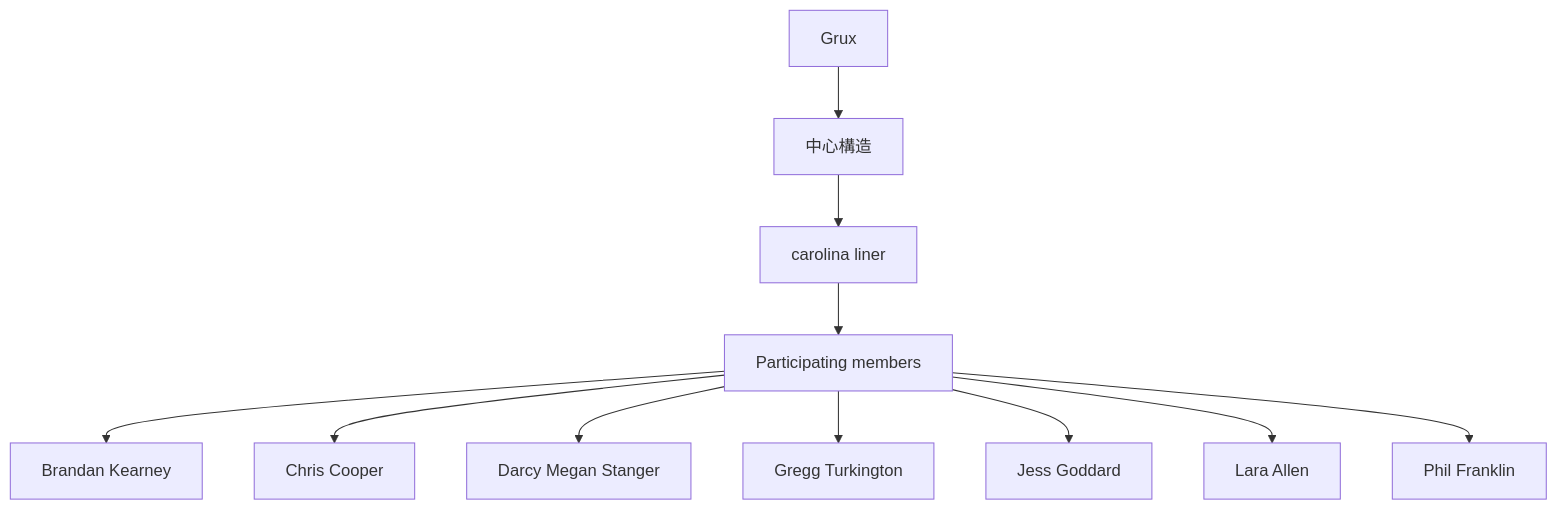
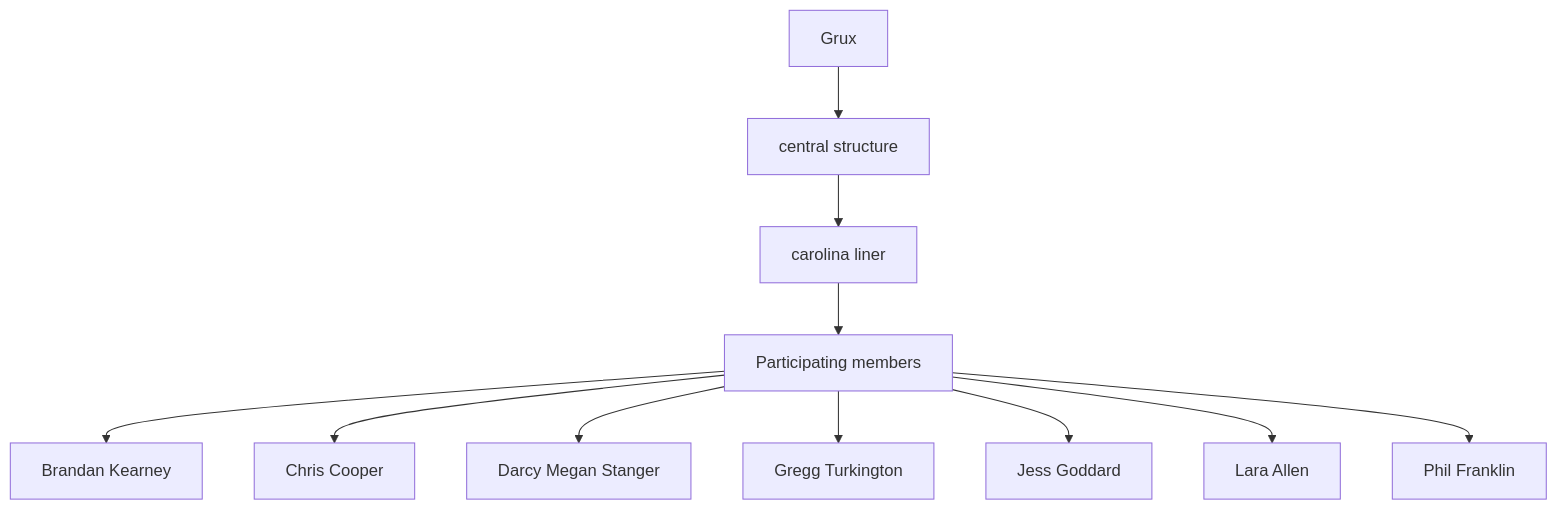
One commit to monumental-movement/monumental-movement.github.io changed the first of 4 diagrams in en/_posts/2026-04-18-column-caroliner.md. Above: the diagram before and after it, drawn with Mermaid. The commit also changed other lines of this file and 497 other files, not shown here.

```diff
--- a/en/_posts/2026-04-18-column-caroliner.md
+++ b/en/_posts/2026-04-18-column-caroliner.md
@@ -68,13 +68,13 @@
 <div class="mermaid">
 flowchart TD
-A[Grux] --> B[中心構造]
+A[Grux] --> B[central structure]
 B --> C[carolina liner]
 C --> D[Participating members]
 D --> E[Brandan Kearney]
 D --> F[Chris Cooper]
 D --> G[Darcy Megan Stanger]
 D --> H[Gregg Turkington]
 D --> I[Jess Goddard]
 D --> J[Lara Allen]
 D --> K[Phil Franklin]
 </div>
```
